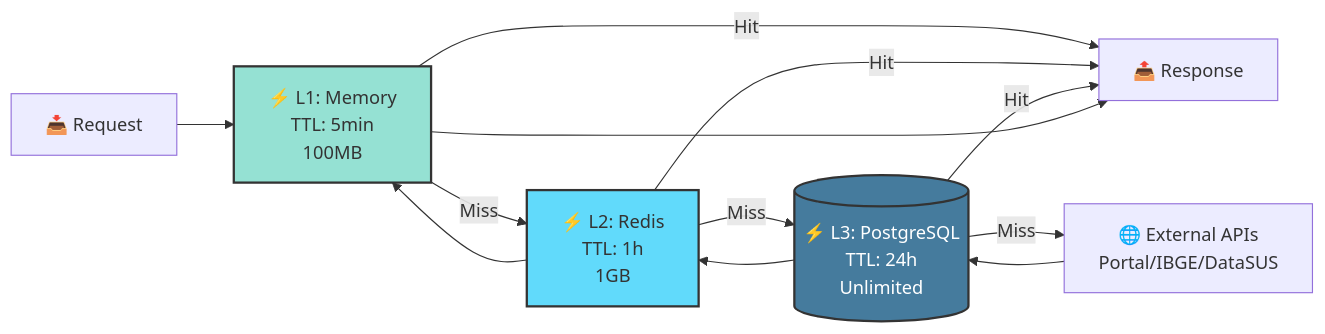
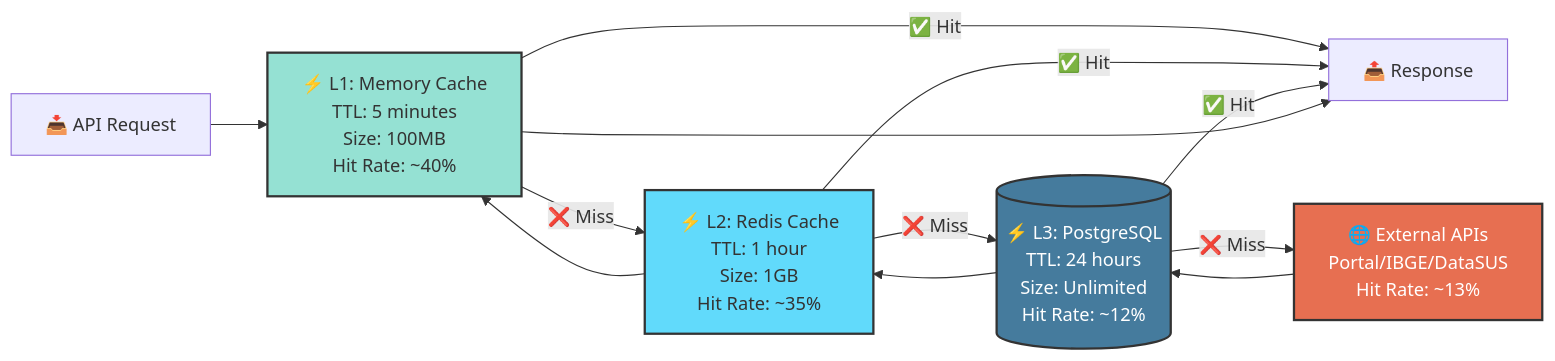
One commit to anderson-ufrj/cidadao.ai-technical-docs changed the third of 3 diagrams in docs/architecture/overview.md. Above: the diagram before and after it, drawn with Mermaid. The commit also changed other lines of this file, not shown here.

First line of the commit message:
docs(architecture): update overview with latest production metrics and 17-agent system

````diff
--- a/docs/architecture/overview.md
+++ b/docs/architecture/overview.md
@@ -290,27 +464,28 @@
 ```mermaid
 graph LR
-    REQ[📥 Request]
+    REQ[📥 API Request]
 
-    L1[⚡ L1: Memory<br/>TTL: 5min<br/>100MB]
-    L2[⚡ L2: Redis<br/>TTL: 1h<br/>1GB]
-    L3[(⚡ L3: PostgreSQL<br/>TTL: 24h<br/>Unlimited)]
-    ORIGIN[🌐 External APIs<br/>Portal/IBGE/DataSUS]
+    L1[⚡ L1: Memory Cache<br/>TTL: 5 minutes<br/>Size: 100MB<br/>Hit Rate: ~40%]
+    L2[⚡ L2: Redis Cache<br/>TTL: 1 hour<br/>Size: 1GB<br/>Hit Rate: ~35%]
+    L3[(⚡ L3: PostgreSQL<br/>TTL: 24 hours<br/>Size: Unlimited<br/>Hit Rate: ~12%)]
+    ORIGIN[🌐 External APIs<br/>Portal/IBGE/DataSUS<br/>Hit Rate: ~13%]
 
     RESP[📤 Response]
 
     REQ --> L1
-    L1 -->|Hit| RESP
-    L1 -->|Miss| L2
-    L2 -->|Hit| RESP
-    L2 -->|Miss| L3
-    L3 -->|Hit| RESP
-    L3 -->|Miss| ORIGIN
+    L1 -->|✅ Hit| RESP
+    L1 -->|❌ Miss| L2
+    L2 -->|✅ Hit| RESP
+    L2 -->|❌ Miss| L3
+    L3 -->|✅ Hit| RESP
+    L3 -->|❌ Miss| ORIGIN
     ORIGIN --> L3
     L3 --> L2
     L2 --> L1
     L1 --> RESP
 
     style L1 fill:#95e1d3,stroke:#333,stroke-width:2px
     style L2 fill:#61dafb,stroke:#333,stroke-width:2px
     style L3 fill:#457b9d,stroke:#333,stroke-width:2px,color:#fff
+    style ORIGIN fill:#e76f51,stroke:#333,stroke-width:2px,color:#fff
 ```
````
